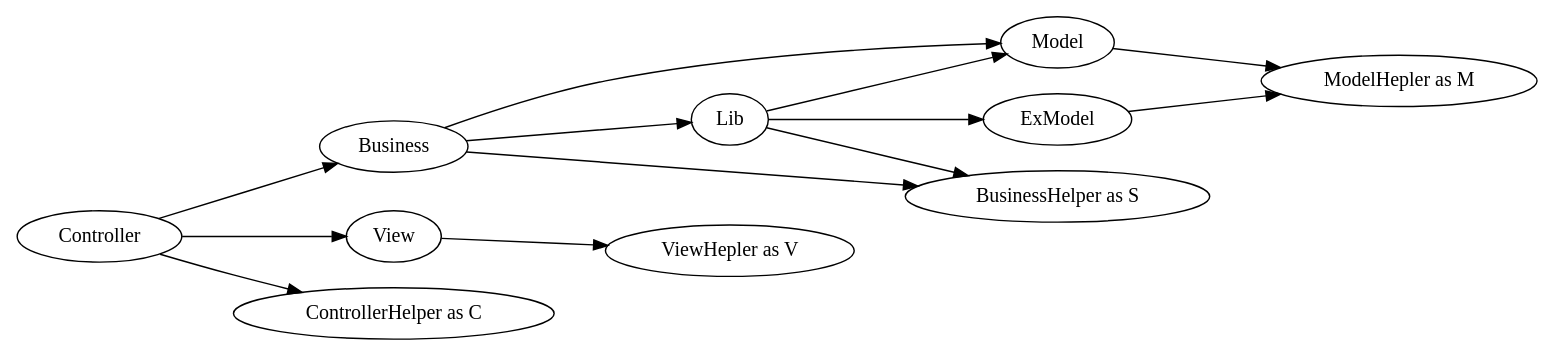
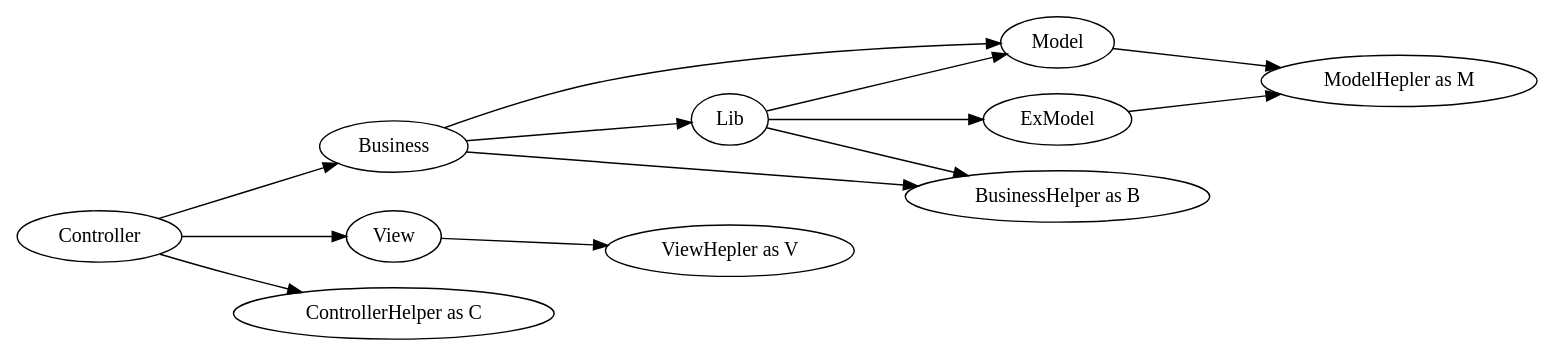
The diagram in doc/arch_full.gv (dvaknheo/duckphp), drawn with Graphviz before and after one commit. The commit also changed 6 other files, not shown here.

```diff
--- a/doc/arch_full.gv
+++ b/doc/arch_full.gv
@@ -1,25 +1,25 @@
 digraph G{
 /* This is a graphviz file */
 graph [rankdir = "LR"];
 
     Controller -> Business -> Model;
     
     Business -> Lib;
     Lib->ExModel;
     Lib->Model;
     Controller -> View;
 
     Controller ->ControllerHelper;
 
     Business ->BusinessHelper;
     Lib ->BusinessHelper;
 
     Model ->ModelHepler;
     ExModel ->ModelHepler;
     View -> ViewHepler;
     ControllerHelper [label="ControllerHelper as C"];
-    BusinessHelper [label="BusinessHelper as S"];
+    BusinessHelper [label="BusinessHelper as B"];
     ModelHepler [label="ModelHepler as M"];
     ViewHepler [label="ViewHepler as V"];
 
 }
```
